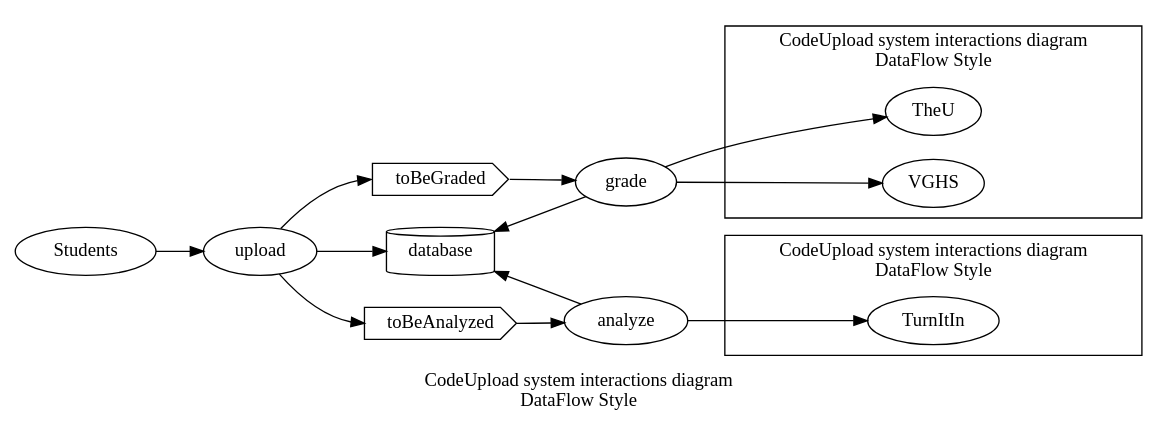
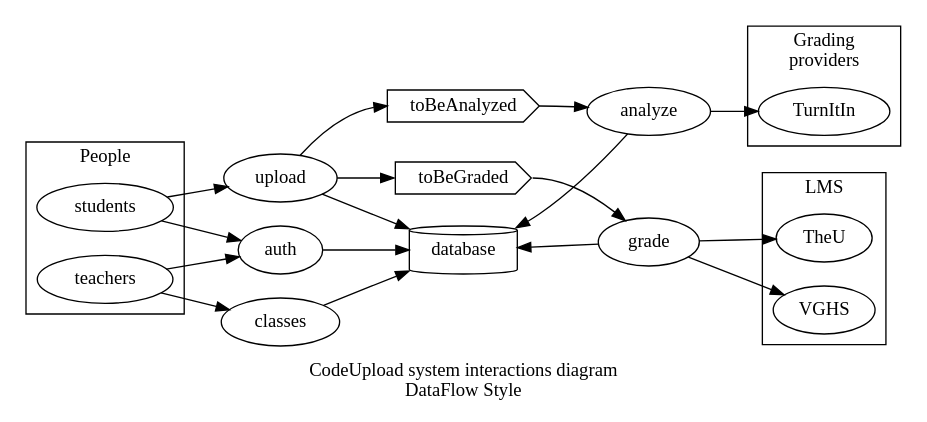
Before and after one commit to mckaysalisbury/grades: the diagram in dataflow.gv, drawn with Graphviz.

Commit message:
add teachers

```diff
--- a/dataflow.gv
+++ b/dataflow.gv
@@ -1,19 +1,28 @@
 digraph dataflow {
     label="CodeUpload system interactions diagram\nDataFlow Style"
     rankdir=LR
     subgraph clusterGrading {
+        label="Grading\nproviders"
         TurnItIn
     }
     subgraph clusterLMS {
+        label="LMS"
         TheU,
         VGHS
+    }
+    subgraph clusterPeople {
+        label="People"
+        teachers
+        students
     }
 
     database [shape=cylinder]
     toBeGraded, toBeAnalyzed [shape=cds]
-    Students -> upload -> database
+    students, teachers -> auth -> database
+    students -> upload -> database
+    teachers -> classes -> database
     database -> grade, analyze [dir=back]
     upload -> toBeGraded:w, toBeAnalyzed:w
     toBeGraded:e -> grade -> VGHS, TheU
     toBeAnalyzed:e -> analyze -> TurnItIn
 }
```
